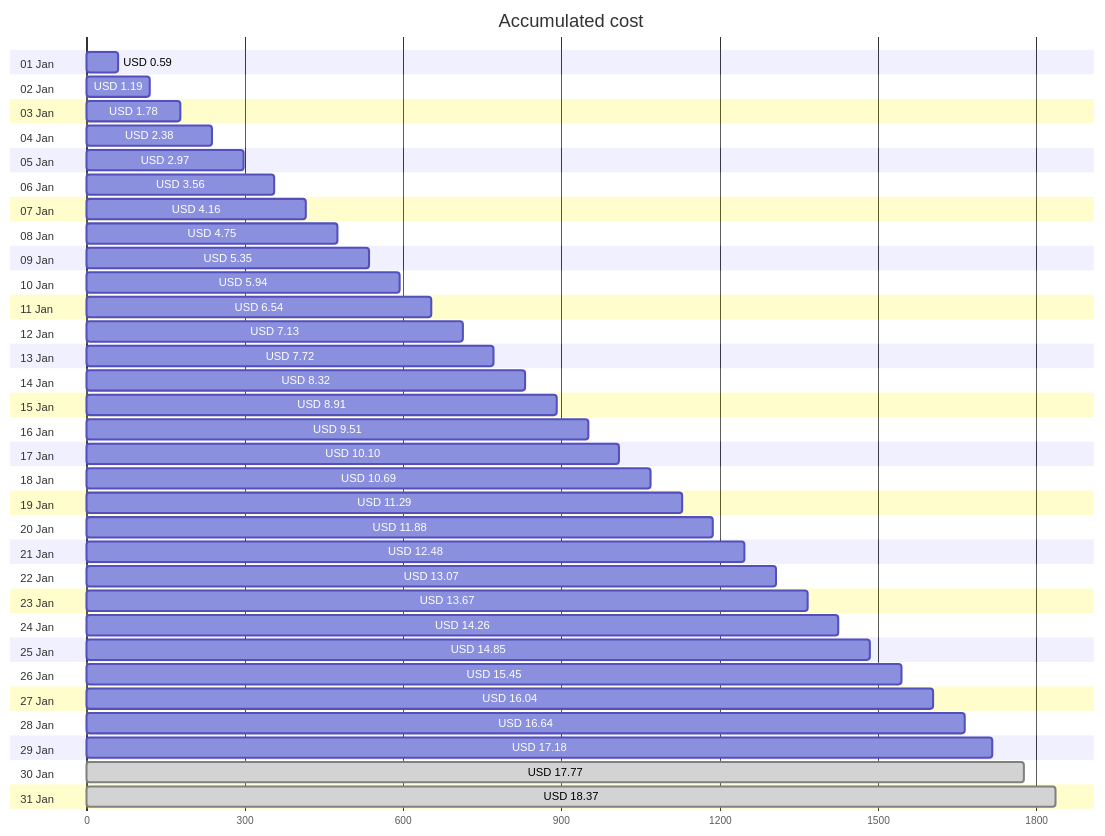
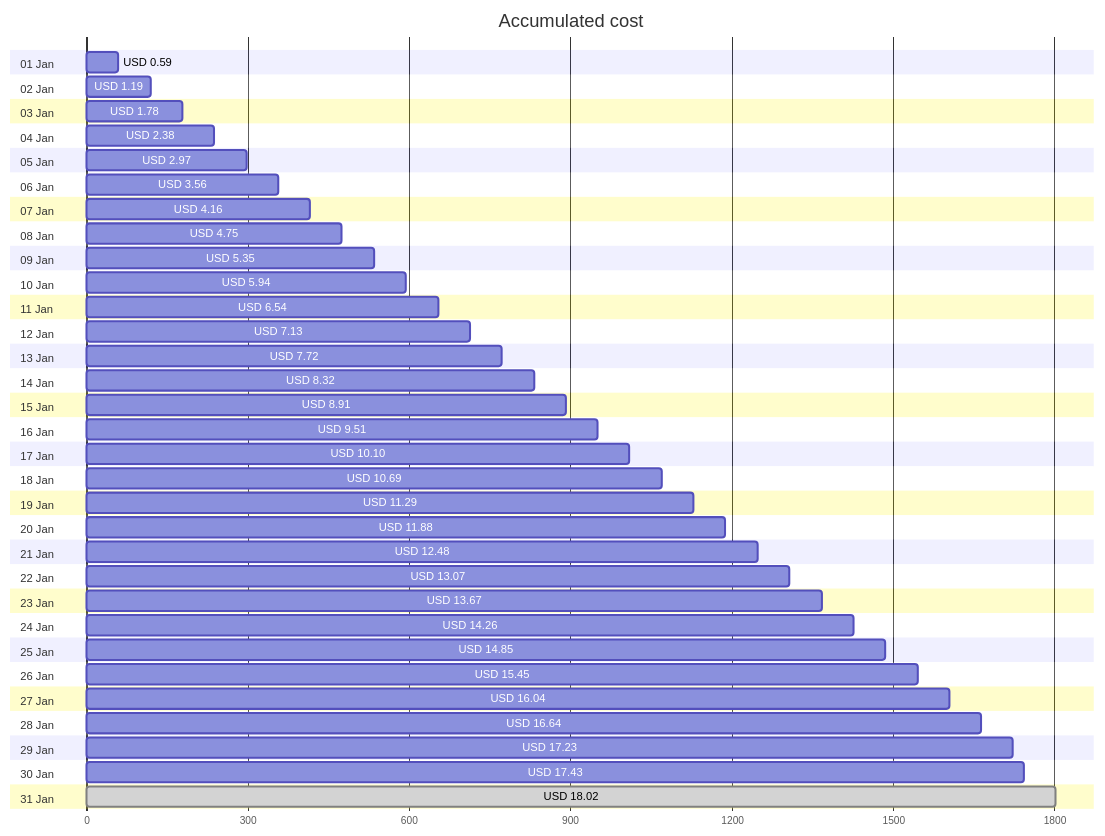
One commit to jpfulton/azure-personal-reports changed the first of 4 diagrams in cost-reports/personal-site/README.md. Above: the diagram before and after it, drawn with Mermaid. The commit also changed other lines of this file and 6 other files, not shown here.

````diff
--- a/cost-reports/personal-site/README.md
+++ b/cost-reports/personal-site/README.md
@@ -20,68 +20,68 @@
 ```mermaid
 gantt
    title Accumulated cost
    dateFormat  X
    axisFormat %s
    section 01 Jan
    USD 0.59 :0, 59
    section 02 Jan
    USD 1.19 :0, 119
    section 03 Jan
    USD 1.78 :0, 178
    section 04 Jan
    USD 2.38 :0, 238
    section 05 Jan
    USD 2.97 :0, 297
    section 06 Jan
    USD 3.56 :0, 356
    section 07 Jan
    USD 4.16 :0, 416
    section 08 Jan
    USD 4.75 :0, 475
    section 09 Jan
    USD 5.35 :0, 535
    section 10 Jan
    USD 5.94 :0, 594
    section 11 Jan
    USD 6.54 :0, 654
    section 12 Jan
    USD 7.13 :0, 713
    section 13 Jan
    USD 7.72 :0, 772
    section 14 Jan
    USD 8.32 :0, 832
    section 15 Jan
    USD 8.91 :0, 891
    section 16 Jan
    USD 9.51 :0, 951
    section 17 Jan
    USD 10.10 :0, 1010
    section 18 Jan
    USD 10.69 :0, 1069
    section 19 Jan
    USD 11.29 :0, 1129
    section 20 Jan
    USD 11.88 :0, 1188
    section 21 Jan
    USD 12.48 :0, 1248
    section 22 Jan
    USD 13.07 :0, 1307
    section 23 Jan
    USD 13.67 :0, 1367
    section 24 Jan
    USD 14.26 :0, 1426
    section 25 Jan
    USD 14.85 :0, 1485
    section 26 Jan
    USD 15.45 :0, 1545
    section 27 Jan
    USD 16.04 :0, 1604
    section 28 Jan
    USD 16.64 :0, 1664
    section 29 Jan
-   USD 17.18 :0, 1718
+   USD 17.23 :0, 1723
    section 30 Jan
-   USD 17.77 : done, 0, 1777
+   USD 17.43 :0, 1743
    section 31 Jan
-   USD 18.37 : done, 0, 1837
+   USD 18.02 : done, 0, 1802
 ```
````
